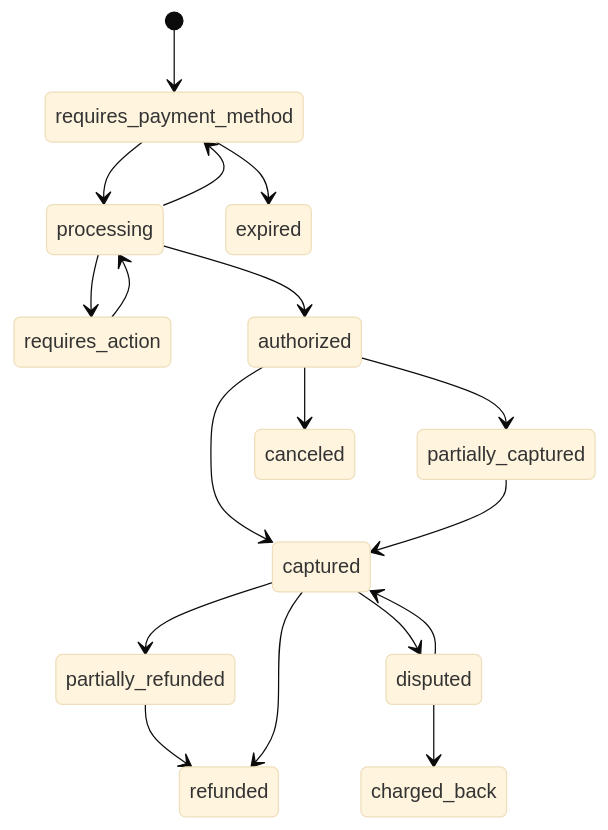
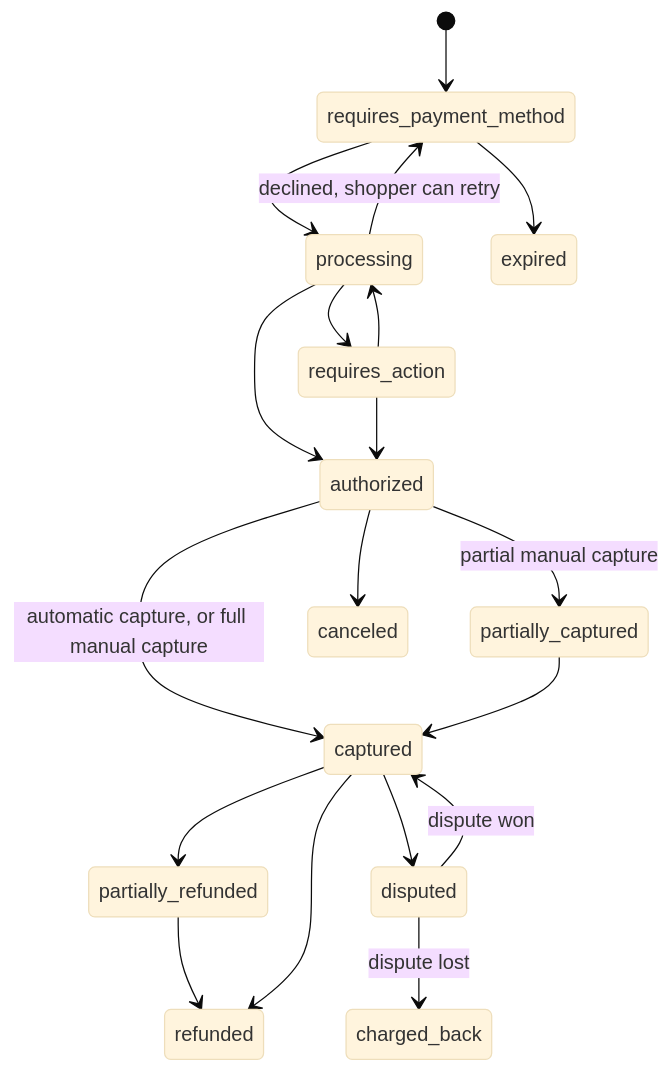
The diagram in checkout/concepts/payment-lifecycle.mdx (fhp-developers/docs), drawn with Mermaid (base theme) before and after one commit. The commit also changed other lines of this file and 52 other files, not shown here.

````diff
--- a/checkout/concepts/payment-lifecycle.mdx
+++ b/checkout/concepts/payment-lifecycle.mdx
@@ -10,20 +10,21 @@
 ```mermaid
 stateDiagram-v2
   [*] --> requires_payment_method
   requires_payment_method --> processing
   processing --> requires_action
   requires_action --> processing
-  processing --> requires_payment_method
+  processing --> requires_payment_method: declined, shopper can retry
   processing --> authorized
+  requires_action --> authorized
   requires_payment_method --> expired
-  authorized --> captured
-  authorized --> partially_captured
+  authorized --> captured: automatic capture, or full manual capture
+  authorized --> partially_captured: partial manual capture
   authorized --> canceled
   partially_captured --> captured
   captured --> partially_refunded
   partially_refunded --> refunded
   captured --> refunded
   captured --> disputed
-  disputed --> captured
-  disputed --> charged_back
+  disputed --> captured: dispute won
+  disputed --> charged_back: dispute lost
 ```
````
